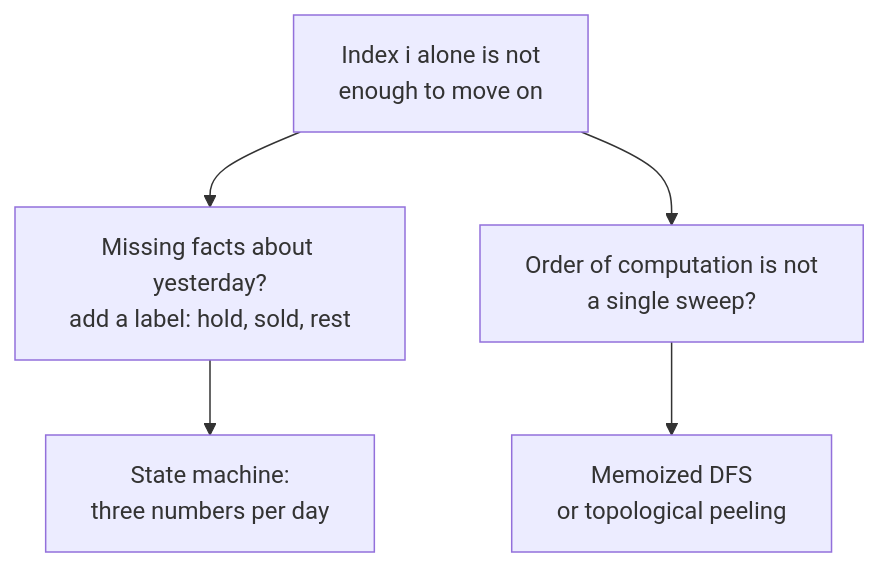
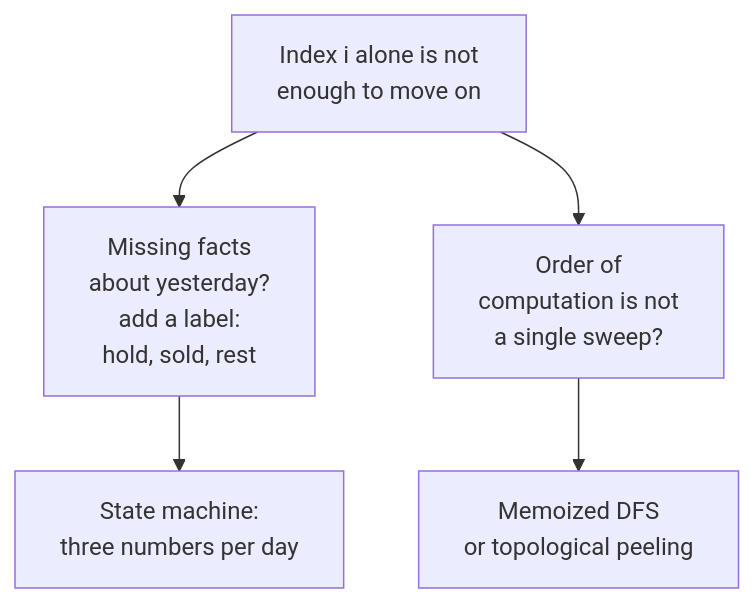
Before and after one commit to duongbui234/software-engineering-atlas: the first of 2 diagrams in content/en/posts/2026-11-27-neetcode-state-machine-dp.md, drawn with Mermaid. The commit also changed 134 other files, not shown here.

First line of the commit message:
Fit every Mermaid diagram at 390px without sideways scroll (#56)

````diff
--- a/content/en/posts/2026-11-27-neetcode-state-machine-dp.md
+++ b/content/en/posts/2026-11-27-neetcode-state-machine-dp.md
@@ -55,10 +55,10 @@
 ```mermaid
 flowchart TB
   A["Index i alone is not<br/>enough to move on"]
-  B["Missing facts about yesterday?<br/>add a label: hold, sold, rest"]
-  C["Order of computation is not<br/>a single sweep?"]
+  B["Missing facts<br/>about yesterday?<br/>add a label:<br/>hold, sold, rest"]
+  C["Order of<br/>computation is not<br/>a single sweep?"]
   D["State machine:<br/>three numbers per day"]
   E["Memoized DFS<br/>or topological peeling"]
   A --> B --> D
   A --> C --> E
 ```
````
